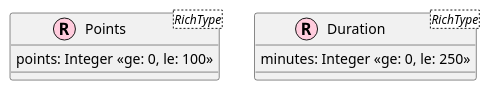
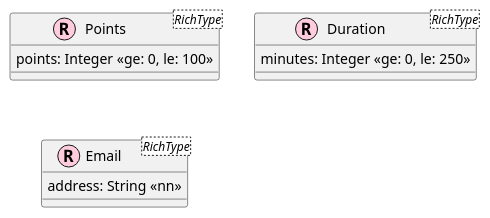
Before and after one commit to mfreimueller/SJ2525_4EHIF_Art_CMS: the diagram in src/main/puml/richtypes.puml, drawn with PlantUML. The commit also changed 2 other files, not shown here.

Commit message:
update entity diagram

```diff
--- a/src/main/puml/richtypes.puml
+++ b/src/main/puml/richtypes.puml
@@ -1,11 +1,15 @@
 @startuml
 
 entity Points <RichType> <<(R, ffccdd)>> {
     points: Integer <<ge: 0, le: 100>>
 }
 
 entity Duration <RichType> <<(R, ffccdd)>> {
     minutes: Integer <<ge: 0, le: 250>>
 }
 
+entity Email <RichType> <<(R, ffccdd)>> {
+    address: String <<nn>>
+}
+
 @enduml
```
